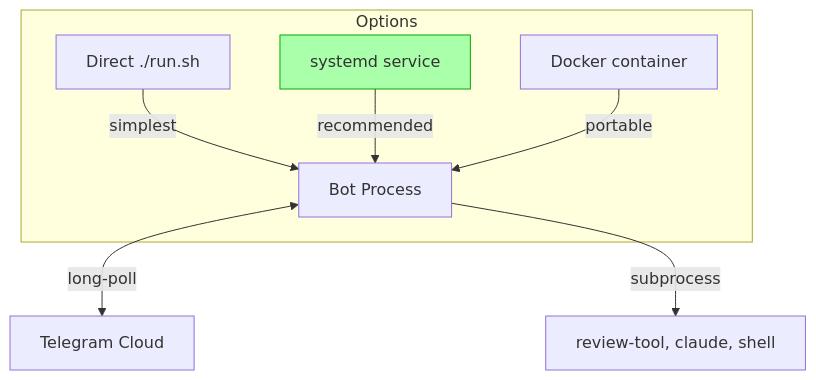
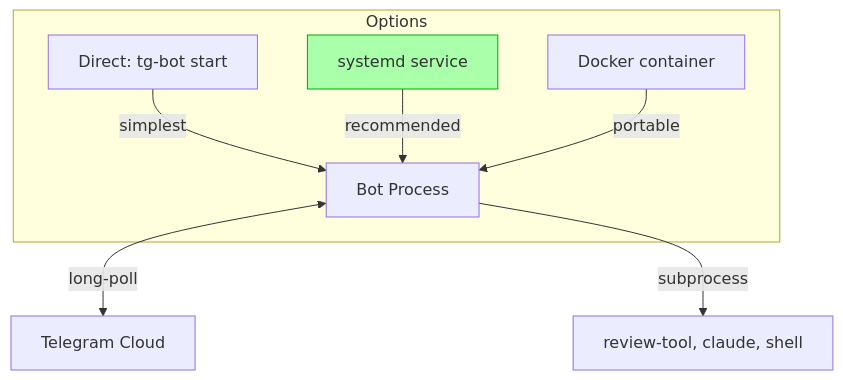
Before and after one commit to geekychris/telegram_runner: the tenth of 11 diagrams in README.md, drawn with Mermaid. The commit also changed other lines of this file, not shown here.

````diff
--- a/README.md
+++ b/README.md
@@ -819,13 +837,13 @@
 ```mermaid
 graph TD
     subgraph Options
-        A[Direct ./run.sh] -->|simplest| RUN[Bot Process]
+        A["Direct: tg-bot start"] -->|simplest| RUN[Bot Process]
         B[systemd service] -->|recommended| RUN
         C[Docker container] -->|portable| RUN
     end
 
     RUN <-->|long-poll| TG[Telegram Cloud]
     RUN -->|subprocess| TOOLS[review-tool, claude, shell]
 
     style B fill:#afa,stroke:#0a0
 ```
````
